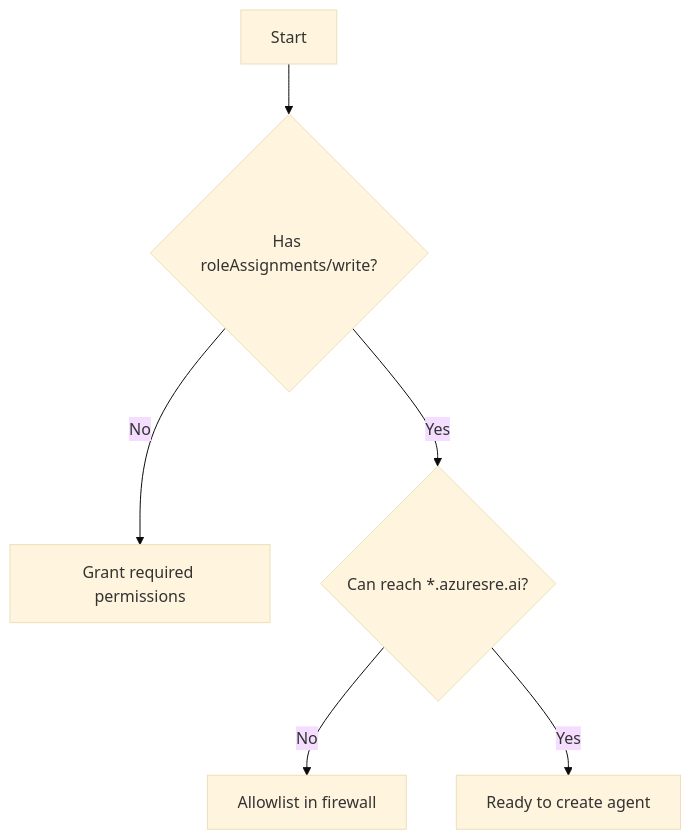
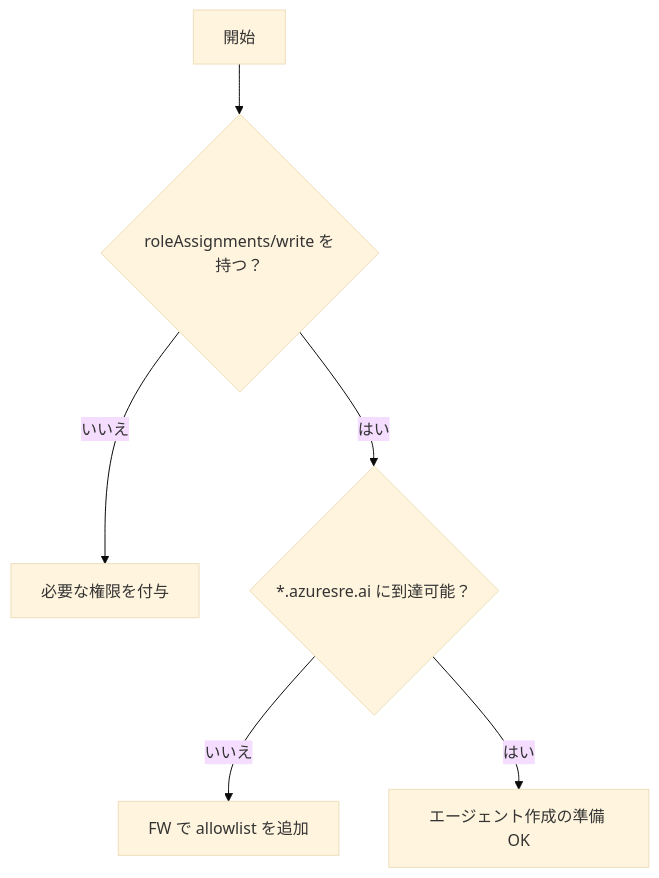
One commit to TakumiSeo/Tech-BLOG changed the second of 12 diagrams in content/posts/ja-jp/sre-agent-planning.md. Above: the diagram before and after it, drawn with Mermaid (base theme). The commit also changed other lines of this file, not shown here.

````diff
--- a/content/posts/ja-jp/sre-agent-planning.md
+++ b/content/posts/ja-jp/sre-agent-planning.md
@@ -123,8 +123,8 @@
 ```mermaid
 flowchart TD
-  S["Start"] --> R{"Has roleAssignments/write?"}
-  R -->|No| FixRBAC["Grant required permissions"]
-  R -->|Yes| N{"Can reach *.azuresre.ai?"}
-  N -->|No| FixNW["Allowlist in firewall"]
-  N -->|Yes| OK["Ready to create agent"]
+  S["開始"] --> R{"roleAssignments/write を持つ？"}
+  R -->|いいえ| FixRBAC["必要な権限を付与"]
+  R -->|はい| N{"*.azuresre.ai に到達可能？"}
+  N -->|いいえ| FixNW["FW で allowlist を追加"]
+  N -->|はい| OK["エージェント作成の準備 OK"]
 ```
````
